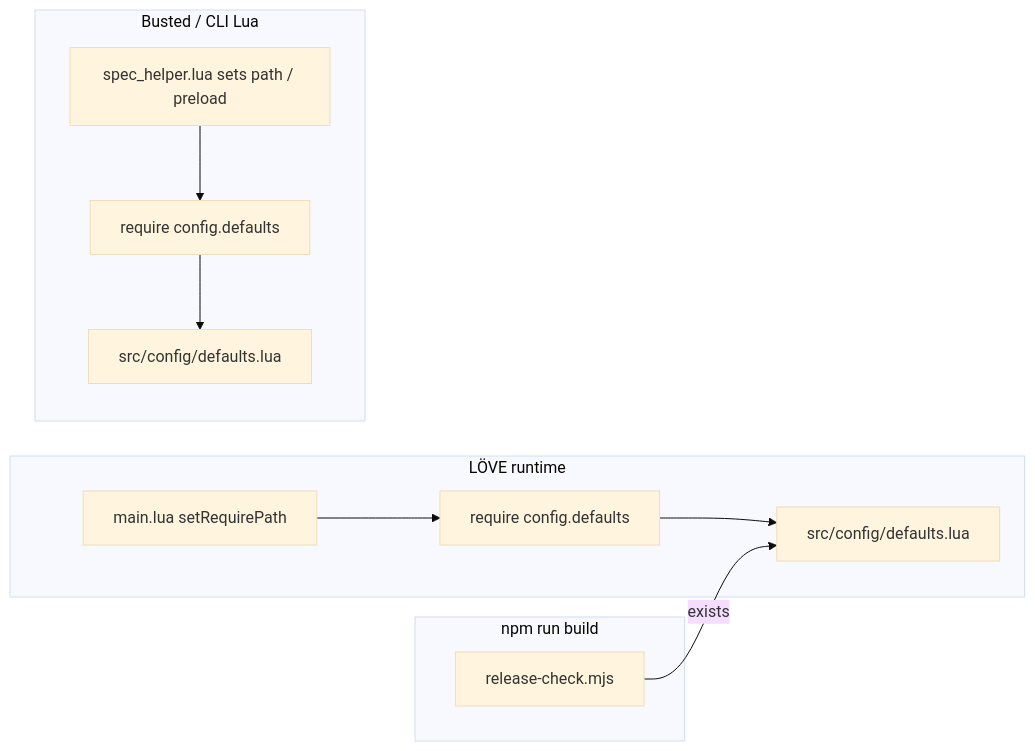
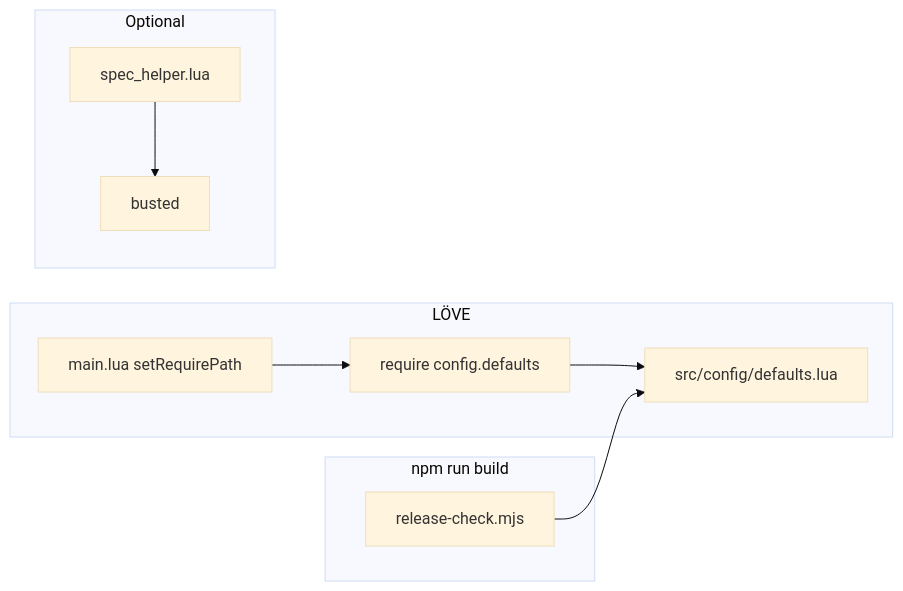
One commit to cjaherne/worminess changed the diagram in DESIGN.md. Above: the diagram before and after it, drawn with Mermaid (base theme). The commit also changed other lines of this file, not shown here.

Commit message:
[core-code-designer] Plan and fix the broken build due to missing module 'config.defaults'...

````diff
--- a/DESIGN.md
+++ b/DESIGN.md
@@ -194,19 +328,18 @@
 ```mermaid
 flowchart LR
-  subgraph love [LÖVE runtime]
+  subgraph love [LÖVE]
     M[main.lua setRequirePath]
     R[require config.defaults]
     F[src/config/defaults.lua]
     M --> R --> F
   end
-  subgraph cli [Busted / CLI Lua]
-    S[spec_helper.lua sets path / preload]
-    R2[require config.defaults]
-    F2[src/config/defaults.lua]
-    S --> R2 --> F2
-  end
   subgraph gate [npm run build]
     RC[release-check.mjs]
-    RC -->|exists| F
+    RC --> F
+  end
+  subgraph tests [Optional]
+    SH[spec_helper.lua]
+    B[busted]
+    SH --> B
   end
 ```
````
